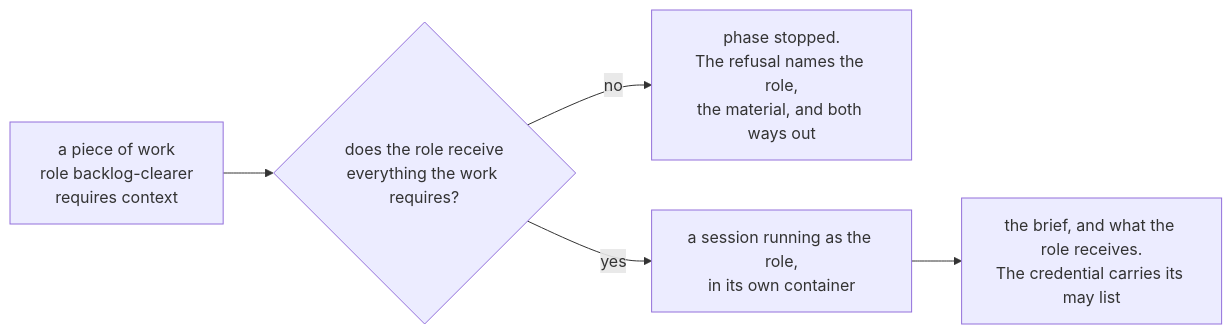
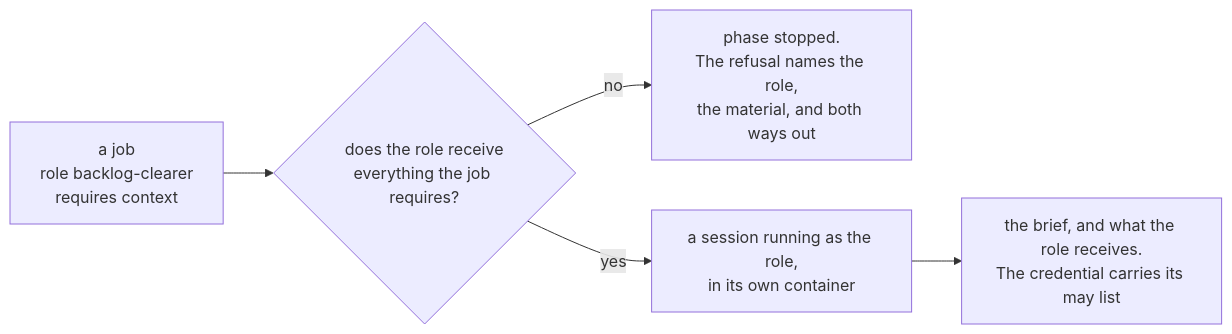
Before and after one commit to atlantic-blue/quay-crew: the first of 3 diagrams in docs/ROLES.md, drawn with Mermaid. The commit also changed other lines of this file and 222 other files, not shown here.

Commit message:
refactor: declared intent is a job, not work

````diff
--- a/docs/ROLES.md
+++ b/docs/ROLES.md
@@ -60,7 +60,7 @@
 ```mermaid
 flowchart LR
-    WORK["a piece of work<br/>role backlog-clearer<br/>requires context"] --> CHECK{"does the role receive<br/>everything the work requires?"}
+    JOB["a job<br/>role backlog-clearer<br/>requires context"] --> CHECK{"does the role receive<br/>everything the job requires?"}
     CHECK -->|"no"| STOPPED["phase stopped.<br/>The refusal names the role,<br/>the material, and both ways out"]
     CHECK -->|"yes"| SESSION["a session running as the role,<br/>in its own container"]
     SESSION --> GIVEN["the brief, and what the role receives.<br/>The credential carries its may list"]
 ```
````
